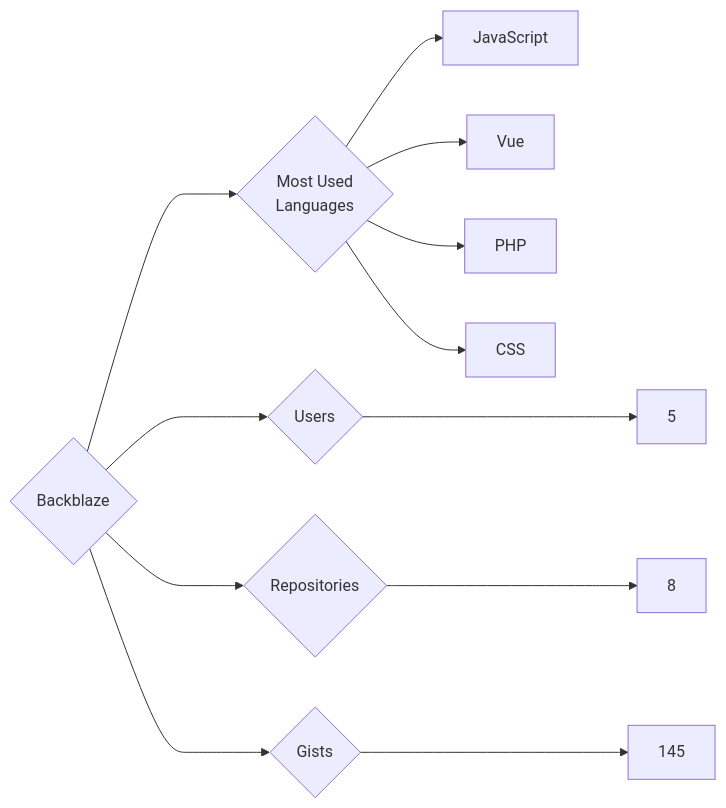
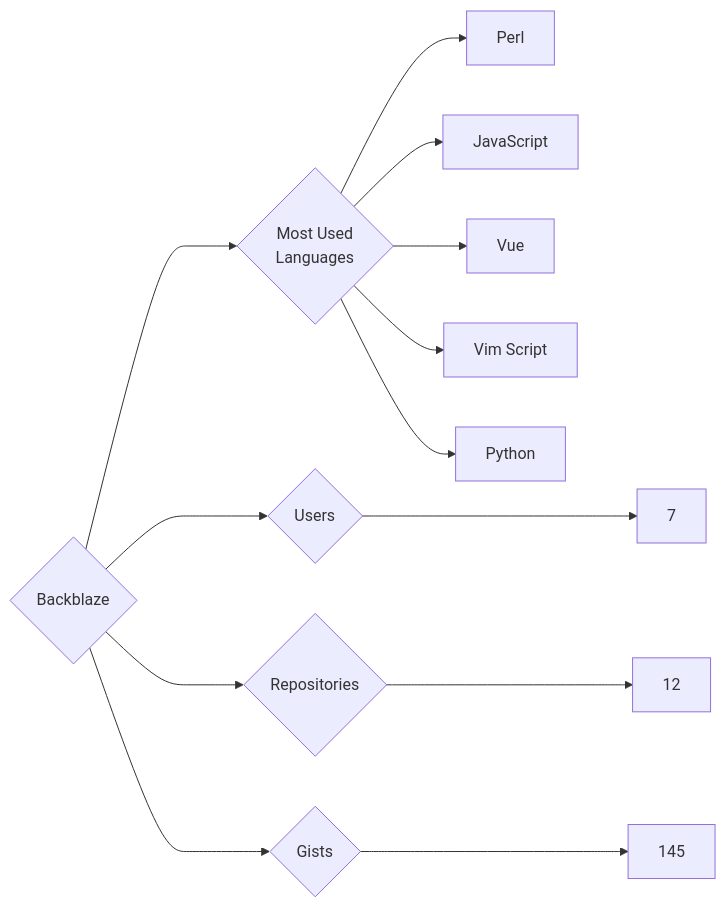
The diagram in targets/Backblaze/README.md (trickest/insiders), drawn with Mermaid before and after one commit. The commit also changed 1149 other files, not shown here.

````diff
--- a/targets/Backblaze/README.md
+++ b/targets/Backblaze/README.md
@@ -3,12 +3,13 @@
 ```mermaid
 graph LR
 COMPANY_NAME{Backblaze}
-COMPANY_NAME ---> U{Users} ---> UN[5]
-COMPANY_NAME ---> R{Repositories} ---> RN[8]
+COMPANY_NAME ---> U{Users} ---> UN[7]
+COMPANY_NAME ---> R{Repositories} ---> RN[12]
 COMPANY_NAME ---> G{Gists} ---> GN[145]
 COMPANY_NAME ---> ML{Most Used<br>Languages}
+ML --> Perl[Perl]
 ML --> JavaScript[JavaScript]
 ML --> Vue[Vue]
-ML --> PHP[PHP]
-ML --> CSS[CSS]
+ML --> Vim_Script[Vim Script]
+ML --> Python[Python]
 ```
````
